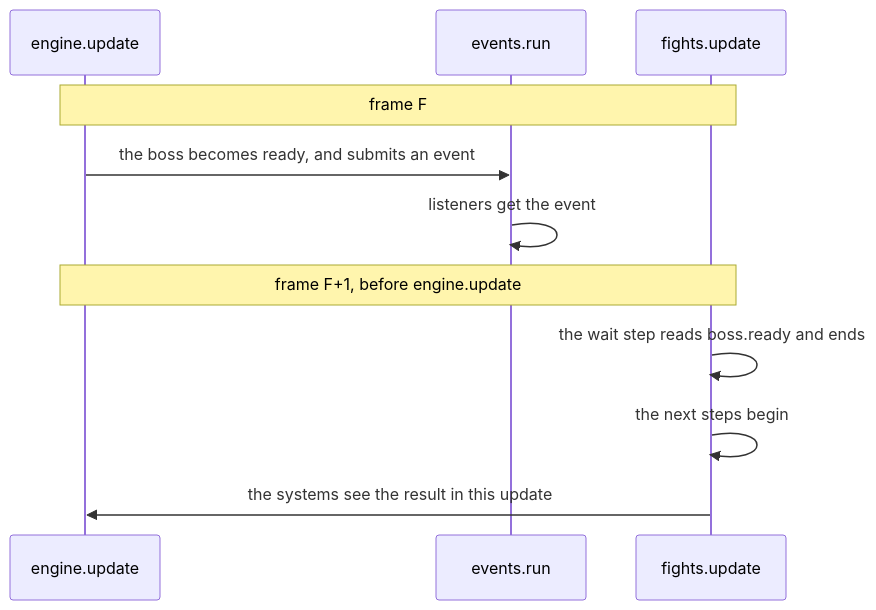
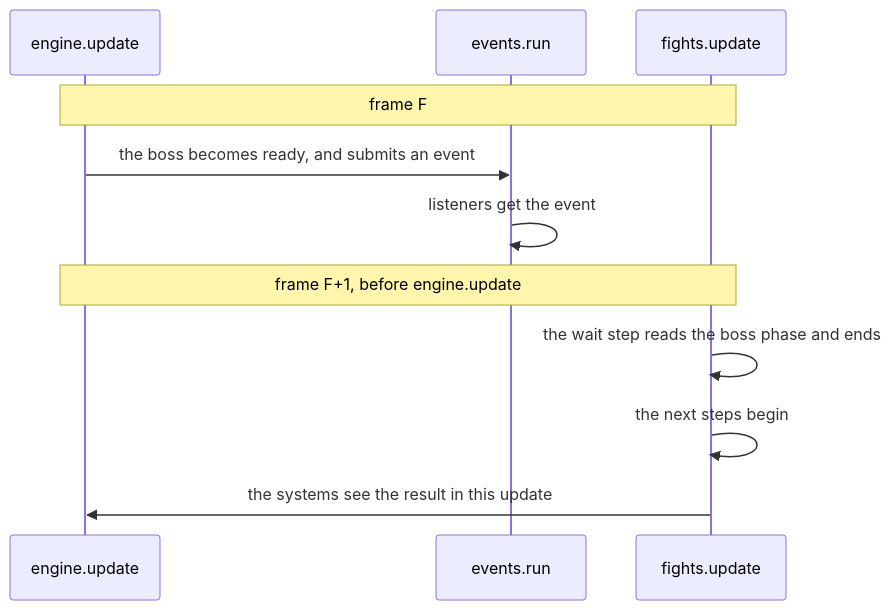
One commit to JohnLavender474/Megaman-Maverick changed the seventh of 7 diagrams in core/src/main/kotlin/com/megaman/maverick/game/fights/README.md. Above: the diagram before and after it, drawn with Mermaid. The commit also changed other lines of this file and 27 other files, not shown here.

First line of the commit message:
118i: boss phase in BossComponent, a fight step starts the boss AI

````diff
--- a/core/src/main/kotlin/com/megaman/maverick/game/fights/README.md
+++ b/core/src/main/kotlin/com/megaman/maverick/game/fights/README.md
@@ -114,13 +130,13 @@
 ```mermaid
 sequenceDiagram
     participant Engine as engine.update
     participant Events as events.run
     participant Fights as fights.update
     Note over Engine,Fights: frame F
     Engine->>Events: the boss becomes ready, and submits an event
     Events->>Events: listeners get the event
     Note over Engine,Fights: frame F+1, before engine.update
-    Fights->>Fights: the wait step reads boss.ready and ends
+    Fights->>Fights: the wait step reads the boss phase and ends
     Fights->>Fights: the next steps begin
     Fights->>Engine: the systems see the result in this update
 ```
````
